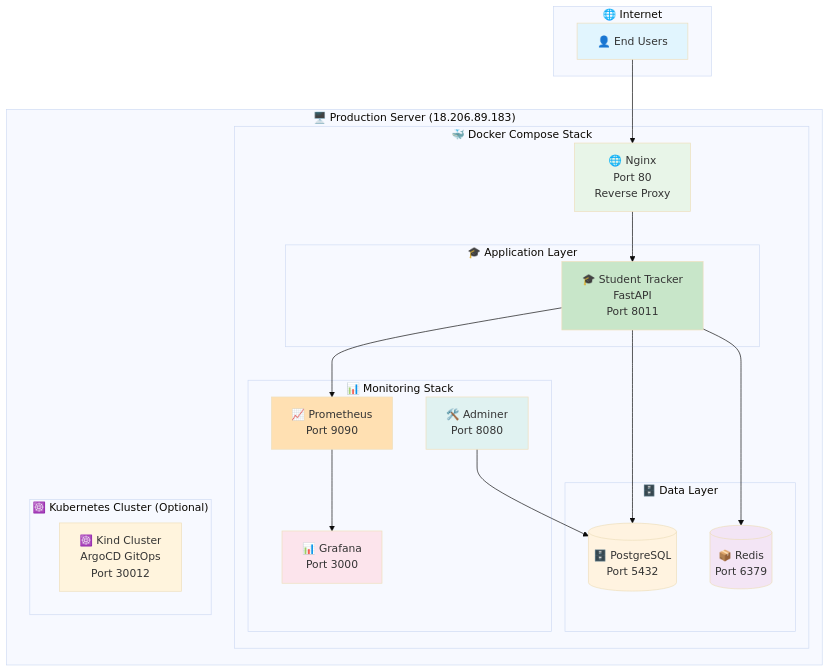
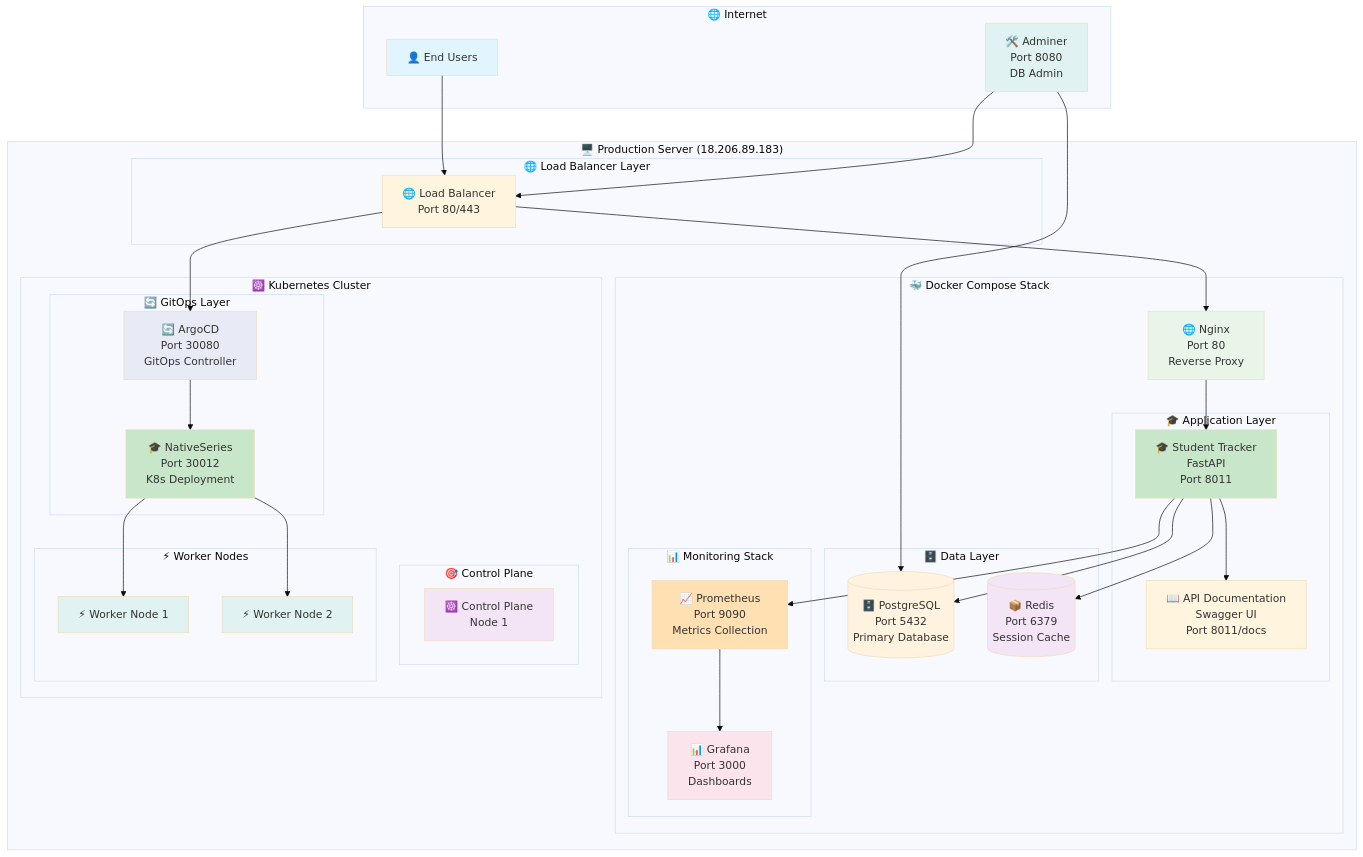
One commit to bonaventuresimeon/NativeSeries changed the third of 11 diagrams in README.md. Above: the diagram before and after it, drawn with Mermaid (base theme). The commit also changed other lines of this file, not shown here.

Commit message:
Add comprehensive system architecture diagrams and documentation to README

````diff
--- a/README.md
+++ b/README.md
@@ -195,48 +202,81 @@
 ```mermaid
 graph TB
     subgraph "🌐 Internet"
         User[👤 End Users]
+        Admin[👨‍💼 Administrators]
     end
     
     subgraph "🖥️ Production Server (18.206.89.183)"
+        subgraph "🌐 Load Balancer Layer"
+            LB[🌐 Load Balancer<br/>Port 80/443]
+        end
+        
         subgraph "🐳 Docker Compose Stack"
             Nginx[🌐 Nginx<br/>Port 80<br/>Reverse Proxy]
             
             subgraph "🎓 Application Layer"
                 App[🎓 Student Tracker<br/>FastAPI<br/>Port 8011]
+                API[📖 API Documentation<br/>Swagger UI<br/>Port 8011/docs]
             end
             
             subgraph "🗄️ Data Layer"
-                DB[(🗄️ PostgreSQL<br/>Port 5432)]
-                Cache[(📦 Redis<br/>Port 6379)]
+                DB[(🗄️ PostgreSQL<br/>Port 5432<br/>Primary Database)]
+                Cache[(📦 Redis<br/>Port 6379<br/>Session Cache)]
             end
             
             subgraph "📊 Monitoring Stack"
-                Prom[📈 Prometheus<br/>Port 9090]
-                Graf[📊 Grafana<br/>Port 3000]
-                Admin[🛠️ Adminer<br/>Port 8080]
+                Prom[📈 Prometheus<br/>Port 9090<br/>Metrics Collection]
+                Graf[📊 Grafana<br/>Port 3000<br/>Dashboards]
+                Admin[🛠️ Adminer<br/>Port 8080<br/>DB Admin]
             end
         end
         
-        subgraph "☸️ Kubernetes Cluster (Optional)"
-            K8s[☸️ Kind Cluster<br/>ArgoCD GitOps<br/>Port 30012]
+        subgraph "☸️ Kubernetes Cluster"
+            subgraph "🎯 Control Plane"
+                CP[☸️ Control Plane<br/>Node 1]
+            end
+            
+            subgraph "⚡ Worker Nodes"
+                W1[⚡ Worker Node 1]
+                W2[⚡ Worker Node 2]
+            end
+            
+            subgraph "🔄 GitOps Layer"
+                Argo[🔄 ArgoCD<br/>Port 30080<br/>GitOps Controller]
+                App2[🎓 NativeSeries<br/>Port 30012<br/>K8s Deployment]
+            end
         end
     end
     
-    User --> Nginx
+    User --> LB
+    Admin --> LB
+    LB --> Nginx
+    LB --> Argo
+    
     Nginx --> App
+    App --> API
     App --> DB
     App --> Cache
     App --> Prom
     Prom --> Graf
     Admin --> DB
     
+    Argo --> App2
+    App2 --> W1
+    App2 --> W2
+    
     style User fill:#e1f5fe
+    style Admin fill:#e1f5fe
     style App fill:#c8e6c9
+    style App2 fill:#c8e6c9
     style DB fill:#fff3e0
     style Cache fill:#f3e5f5
     style Nginx fill:#e8f5e8
     style Prom fill:#ffe0b2
     style Graf fill:#fce4ec
     style Admin fill:#e0f2f1
+    style Argo fill:#e8eaf6
+    style CP fill:#f3e5f5
+    style W1 fill:#e0f2f1
+    style W2 fill:#e0f2f1
 ```
````
